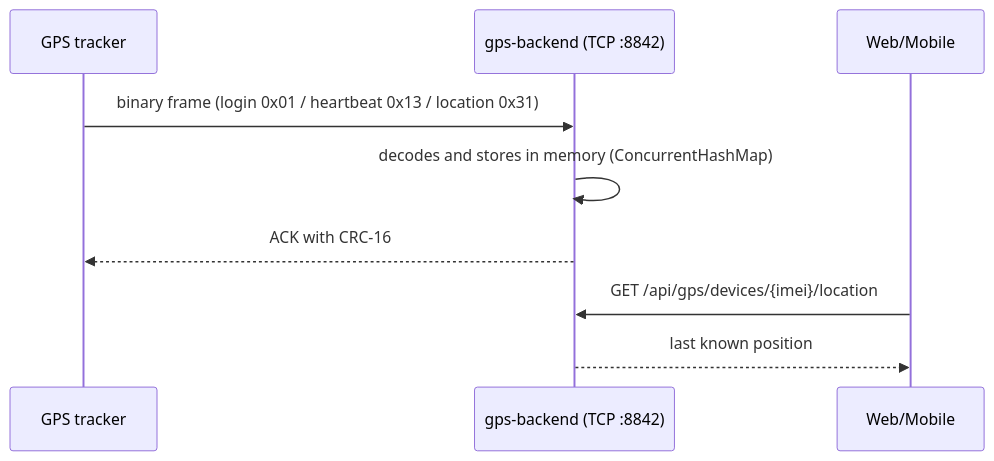
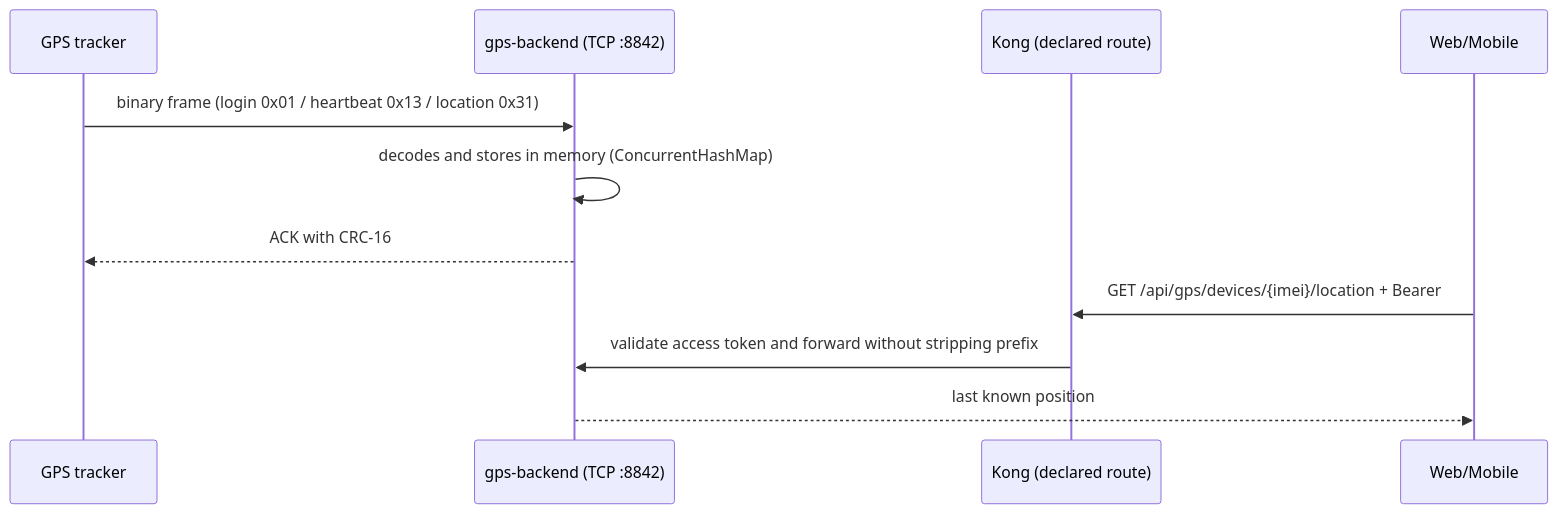
One commit to school-guardian-project/sg-documentation changed the eighth of 12 diagrams in Manuales/en/Manual-Tecnico-Guardian-Escolar.md. Above: the diagram before and after it, drawn with Mermaid. The commit also changed other lines of this file and 1 other file, not shown here.

````diff
--- a/Manuales/en/Manual-Tecnico-Guardian-Escolar.md
+++ b/Manuales/en/Manual-Tecnico-Guardian-Escolar.md
@@ -463,11 +457,13 @@
 ```mermaid
 sequenceDiagram
     participant Dev as GPS tracker
     participant GPS as gps-backend (TCP :8842)
+    participant K as Kong (declared route)
     participant Cli as Web/Mobile
     Dev->>GPS: binary frame (login 0x01 / heartbeat 0x13 / location 0x31)
     GPS->>GPS: decodes and stores in memory (ConcurrentHashMap)
     GPS-->>Dev: ACK with CRC-16
-    Cli->>GPS: GET /api/gps/devices/{imei}/location
+    Cli->>K: GET /api/gps/devices/{imei}/location + Bearer
+    K->>GPS: validate access token and forward without stripping prefix
     GPS-->>Cli: last known position
 ```
````
